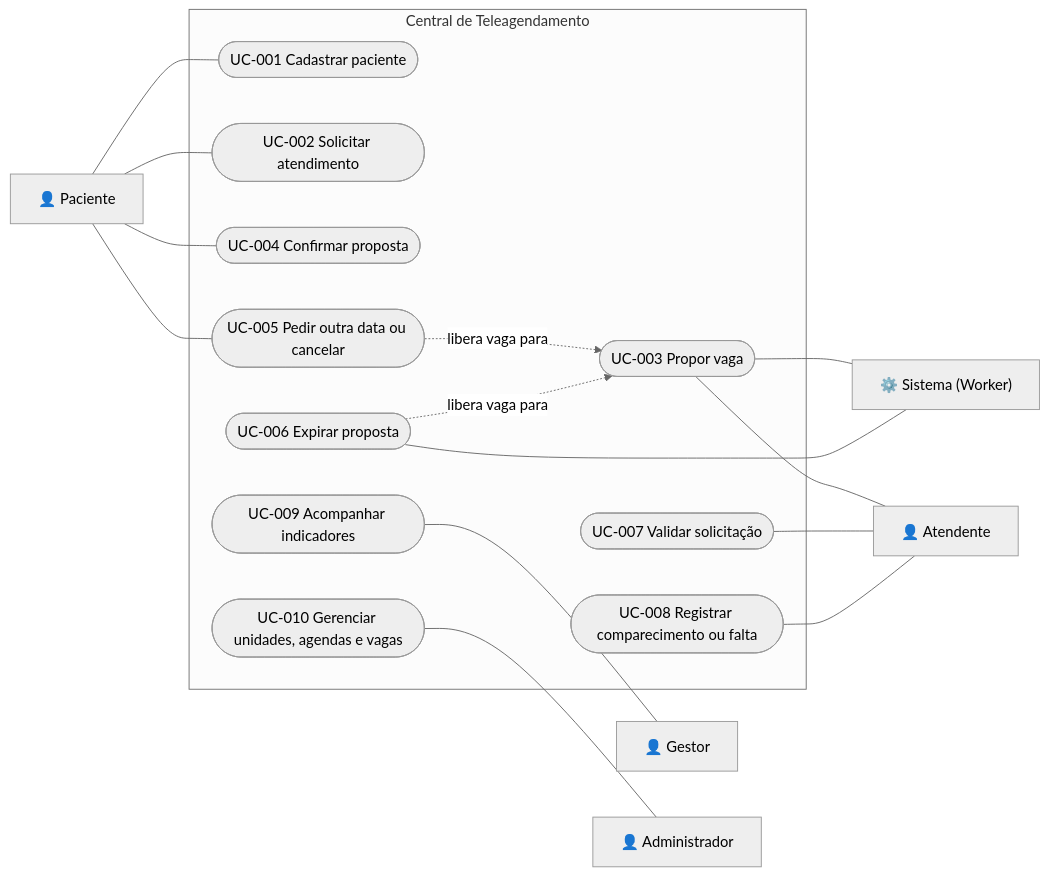
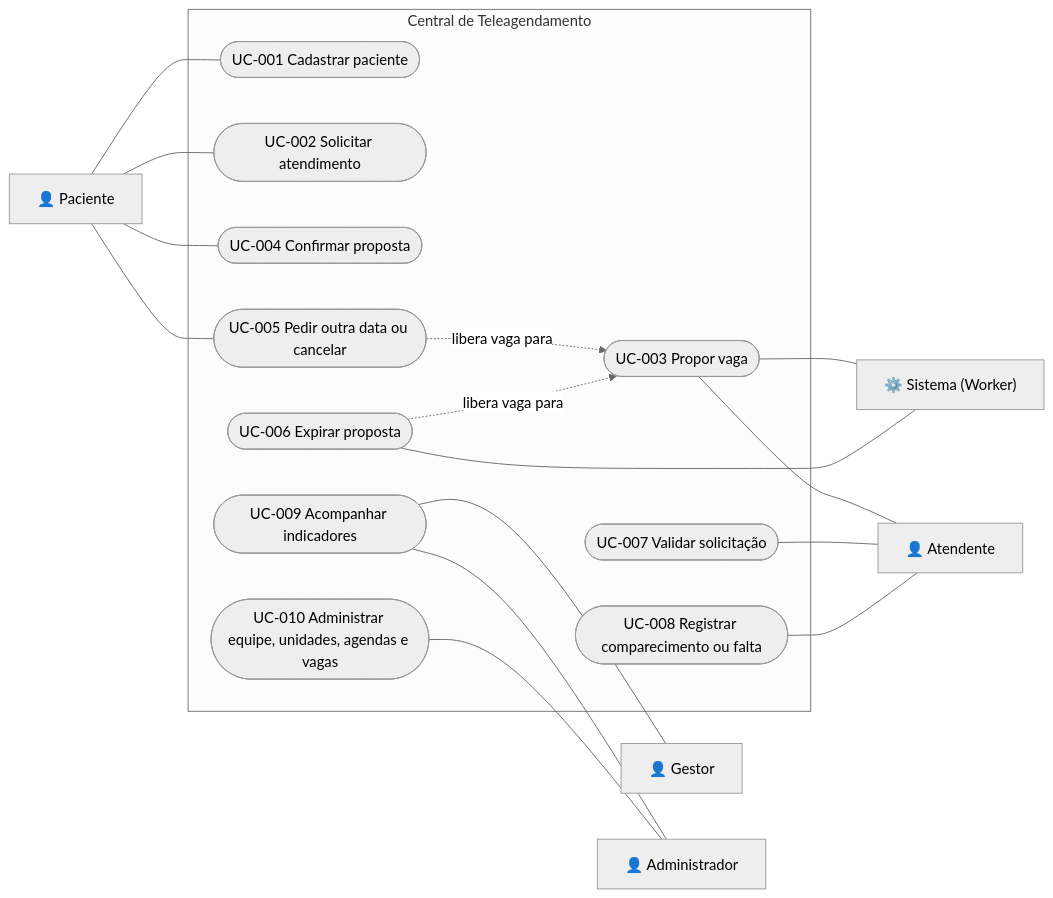
Before and after one commit to JoaoAzevedo184/Central-Saude-UPE: the diagram in docs/architecture/diagrams/use-case.md, drawn with Mermaid (neutral theme). The commit also changed 7 other files, not shown here.

````diff
--- a/docs/architecture/diagrams/use-case.md
+++ b/docs/architecture/diagrams/use-case.md
@@ -5,36 +5,37 @@
 ```mermaid
 flowchart LR
   pac["👤 Paciente"]
   sis["⚙️ Sistema (Worker)"]
   ate["👤 Atendente"]
   ges["👤 Gestor"]
   adm["👤 Administrador"]
 
   subgraph central["Central de Teleagendamento"]
     uc1(["UC-001 Cadastrar paciente"])
     uc2(["UC-002 Solicitar atendimento"])
     uc4(["UC-004 Confirmar proposta"])
     uc5(["UC-005 Pedir outra data ou cancelar"])
     uc3(["UC-003 Propor vaga"])
     uc6(["UC-006 Expirar proposta"])
     uc7(["UC-007 Validar solicitação"])
     uc8(["UC-008 Registrar comparecimento ou falta"])
     uc9(["UC-009 Acompanhar indicadores"])
-    uc10(["UC-010 Gerenciar unidades, agendas e vagas"])
+    uc10(["UC-010 Administrar equipe, unidades, agendas e vagas"])
   end
 
   pac --- uc1
   pac --- uc2
   pac --- uc4
   pac --- uc5
   uc3 --- sis
   uc6 --- sis
   uc3 --- ate
   uc7 --- ate
   uc8 --- ate
   uc9 --- ges
+  uc9 --- adm
   uc10 --- adm
 
   uc5 -. "libera vaga para" .-> uc3
   uc6 -. "libera vaga para" .-> uc3
 ```
````
